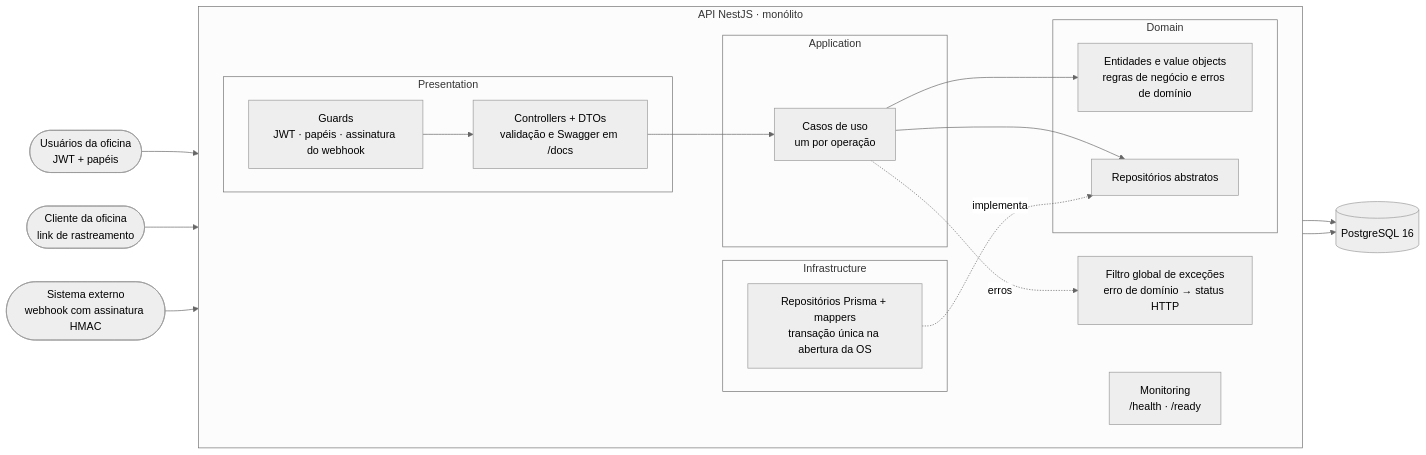
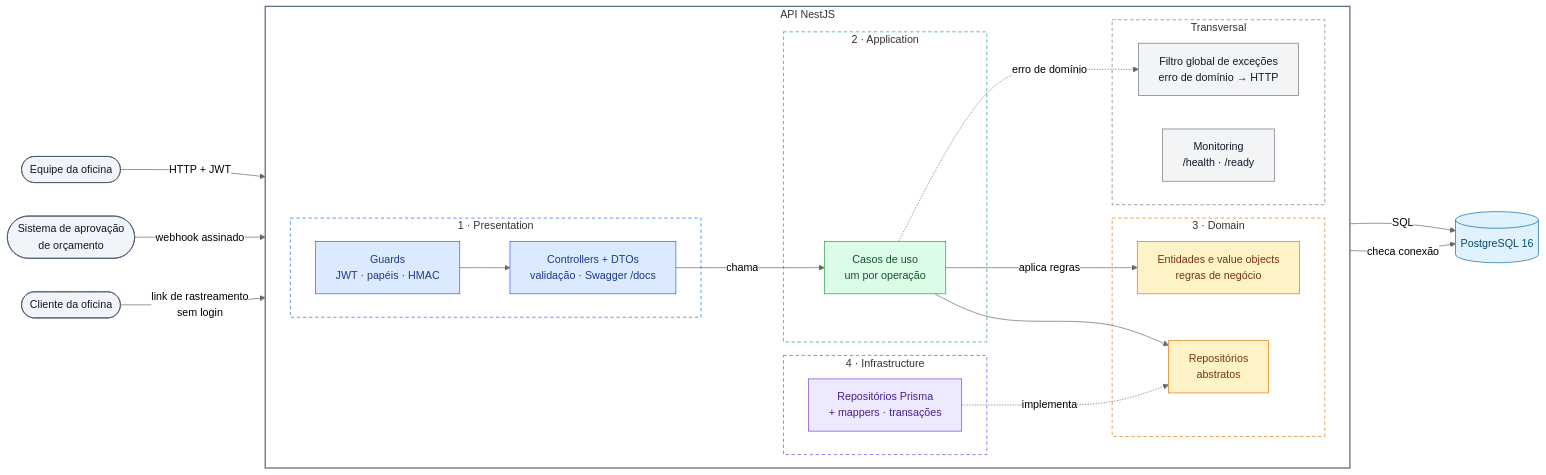
One commit to garage-flow-api/garage-flow-api changed the first of 3 diagrams in README.md. Above: the diagram before and after it, drawn with Mermaid (neutral theme). The commit also changed other lines of this file, not shown here.

````diff
--- a/README.md
+++ b/README.md
@@ -65,39 +65,65 @@
 ```mermaid
 flowchart LR
-    staff(["Usuários da oficina<br/>JWT + papéis"])
-    customer(["Cliente da oficina<br/>link de rastreamento"])
-    external(["Sistema externo<br/>webhook com assinatura HMAC"])
+    staff(["Equipe da oficina"])
+    customer(["Cliente da oficina"])
+    external(["Sistema de aprovação<br/>de orçamento"])
 
-    subgraph api["API NestJS · monólito"]
+    subgraph api["API NestJS"]
         direction LR
-        subgraph presentation["Presentation"]
-            ctrl["Controllers + DTOs<br/>validação e Swagger em /docs"]
-            guards["Guards<br/>JWT · papéis · assinatura do webhook"]
+        subgraph presentation["1 · Presentation"]
+            guards["Guards<br/>JWT · papéis · HMAC"]
+            ctrl["Controllers + DTOs<br/>validação · Swagger /docs"]
         end
-        subgraph application["Application"]
+        subgraph application["2 · Application"]
             uc["Casos de uso<br/>um por operação"]
         end
-        subgraph domain["Domain"]
-            model["Entidades e value objects<br/>regras de negócio e erros de domínio"]
-            ports["Repositórios abstratos"]
+        subgraph domain["3 · Domain"]
+            model["Entidades e value objects<br/>regras de negócio"]
+            ports["Repositórios<br/>abstratos"]
         end
-        subgraph infrastructure["Infrastructure"]
-            repos["Repositórios Prisma + mappers<br/>transação única na abertura da OS"]
+        subgraph infrastructure["4 · Infrastructure"]
+            repos["Repositórios Prisma<br/>+ mappers · transações"]
         end
-        filter["Filtro global de exceções<br/>erro de domínio → status HTTP"]
-        monitoring["Monitoring<br/>/health · /ready"]
+        subgraph crosscutting["Transversal"]
+            filter["Filtro global de exceções<br/>erro de domínio → HTTP"]
+            monitoring["Monitoring<br/>/health · /ready"]
+        end
     end
 
     db[("PostgreSQL 16")]
 
-    staff --> guards
-    customer --> ctrl
-    external --> guards
-    guards --> ctrl --> uc
-    uc --> model
+    staff -- "HTTP + JWT" --> guards
+    external -- "webhook assinado" --> guards
+    customer -- "link de rastreamento<br/>sem login" --> ctrl
+    guards --> ctrl
+    ctrl -- "chama" --> uc
+    uc -- "aplica regras" --> model
     uc --> ports
-    repos -. implementa .-> ports
-    repos --> db
-    monitoring --> db
-    uc -. erros .-> filter
+    repos -. "implementa" .-> ports
+    repos -- "SQL" --> db
+    monitoring -- "checa conexão" --> db
+    uc -. "erro de domínio" .-> filter
+
+    classDef actor fill:#f1f5f9,stroke:#475569,color:#0f172a
+    classDef pres fill:#dbeafe,stroke:#2563eb,color:#1e3a8a
+    classDef app fill:#dcfce7,stroke:#16a34a,color:#14532d
+    classDef dom fill:#fef3c7,stroke:#d97706,color:#78350f
+    classDef infra fill:#ede9fe,stroke:#7c3aed,color:#4c1d95
+    classDef cross fill:#f3f4f6,stroke:#6b7280,color:#111827
+    classDef data fill:#e0f2fe,stroke:#0369a1,color:#0c4a6e
+
+    class staff,customer,external actor
+    class guards,ctrl pres
+    class uc app
+    class model,ports dom
+    class repos infra
+    class filter,monitoring cross
+    class db data
+
+    style api fill:none,stroke:#64748b,stroke-width:2px
+    style presentation fill:none,stroke:#2563eb,stroke-dasharray:5 4
+    style application fill:none,stroke:#16a34a,stroke-dasharray:5 4
+    style domain fill:none,stroke:#d97706,stroke-dasharray:5 4
+    style infrastructure fill:none,stroke:#7c3aed,stroke-dasharray:5 4
+    style crosscutting fill:none,stroke:#6b7280,stroke-dasharray:5 4
 ```
````
